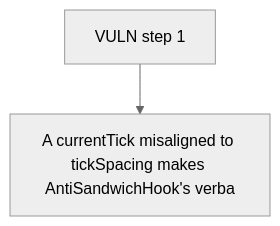
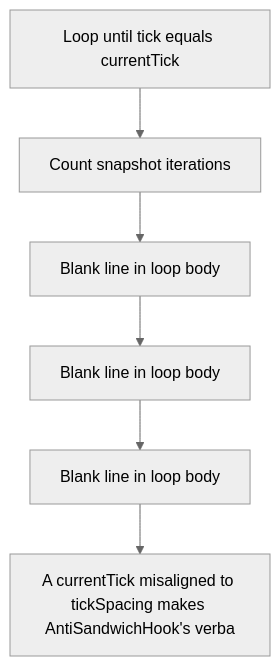
The diagram in 62524-infinite-loop-in-tick-iteration-due-to-misaligned-current-ti_exp/62524-infinite-loop-in-tick-iteration-due-to-misaligned-current-ti_exp.md (sanbir/evm-hack-registry), drawn with Mermaid (neutral theme) before and after one commit. The commit also changed other lines of this file and 79 other files, not shown here.

````diff
--- a/62524-infinite-loop-in-tick-iteration-due-to-misaligned-current-ti_exp/62524-infinite-loop-in-tick-iteration-due-to-misaligned-current-ti_exp.md
+++ b/62524-infinite-loop-in-tick-iteration-due-to-misaligned-current-ti_exp/62524-infinite-loop-in-tick-iteration-due-to-misaligned-current-ti_exp.md
@@ -28,6 +28,14 @@
 ```mermaid
 flowchart TD
-  S0["VULN step 1"]
+  S0["Loop until tick equals currentTick"]
+  S1["Count snapshot iterations"]
+  S2["Blank line in loop body"]
+  S3["Blank line in loop body"]
+  S4["Blank line in loop body"]
   H["A currentTick misaligned to tickSpacing makes AntiSandwichHook's verba"]
-  S0 --> H
+  S0 --> S1
+  S1 --> S2
+  S2 --> S3
+  S3 --> S4
+  S4 --> H
 ```
````
